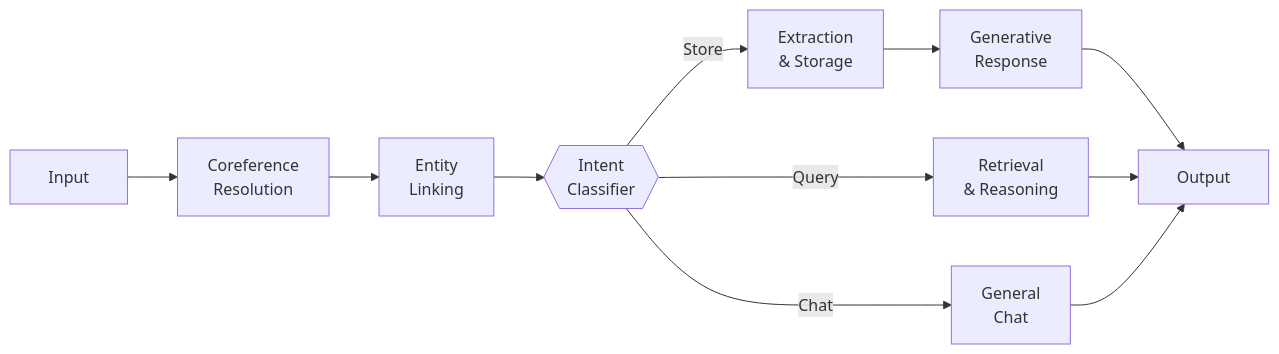
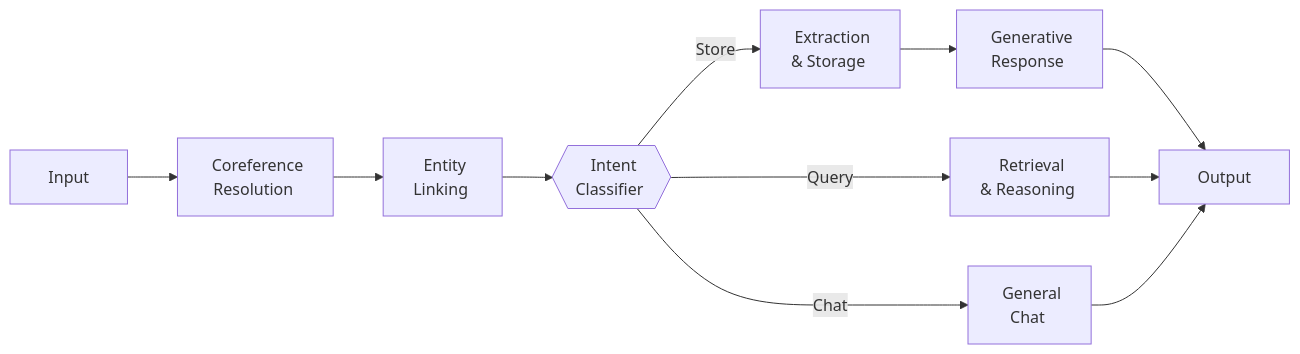
Before and after one commit to killua310/ai-agent: the diagram in README.md, drawn with Mermaid.

Commit message:
readme-fix

````diff
--- a/README.md
+++ b/README.md
@@ -30,13 +30,13 @@
 ```mermaid
 graph LR
-    A["&nbsp;&nbsp;Input&nbsp;&nbsp;"] --> B["Coreference<br>Resolution"]
-    B --> C["Entity<br>Linking"]
-    C --> D{{"Intent<br>Classifier"}}
-    D -- Store --> E["Extraction<br>& Storage"]
-    E --> F["Generative<br>Response"]
-    D -- Query --> G["Retrieval<br>& Reasoning"]
-    D -- Chat --> H["General<br>Chat"]
+    A["&nbsp;&nbsp;Input&nbsp;&nbsp;"] --> B["&nbsp;Coreference<br>Resolution&nbsp;"]
+    B --> C["&nbsp;Entity<br>Linking&nbsp;"]
+    C --> D{{"&nbsp;Intent<br>Classifier&nbsp;"}}
+    D -- Store --> E["&nbsp;Extraction<br>& Storage&nbsp;"]
+    E --> F["&nbsp;Generative<br>Response&nbsp;"]
+    D -- Query --> G["&nbsp;Retrieval<br>& Reasoning&nbsp;"]
+    D -- Chat --> H["&nbsp;General<br>Chat&nbsp;"]
     F --> I["&nbsp;&nbsp;Output&nbsp;&nbsp;"]
     G --> I
     H --> I
 ```
````
